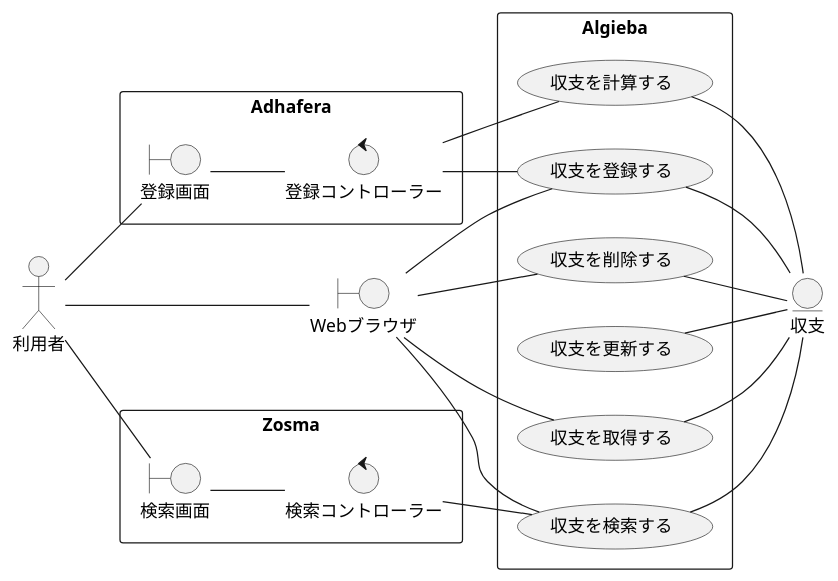
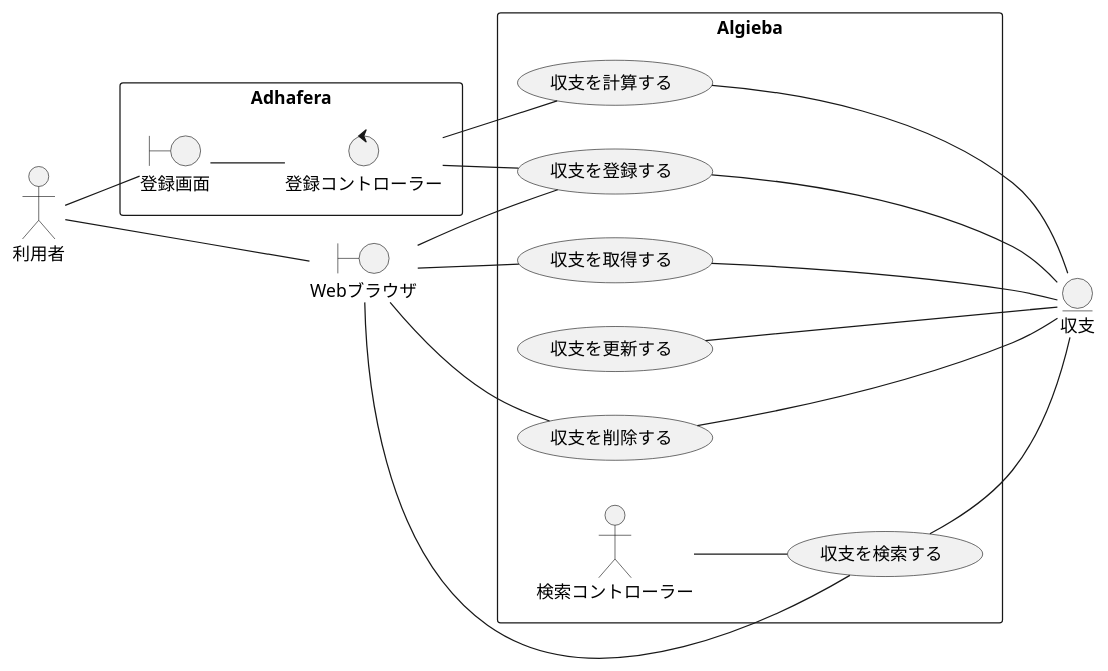
The diagram in payment_manager/index.rst (Leonis0813/chort), drawn with PlantUML before and after one commit. The commit also changed other lines of this file, not shown here.

Commit message:
remove from index

```diff
--- a/payment_manager/index.rst
+++ b/payment_manager/index.rst
@@ -18,39 +17,32 @@
 .. uml::
 
    left to right direction
    skinparam packageStyle rect
    actor 利用者
    entity 収支
 
    rectangle Adhafera {
      boundary 登録画面
      control 登録コントローラー
      利用者 -- 登録画面
      登録画面 -- 登録コントローラー
-   }
-
-   rectangle Zosma {
-     boundary 検索画面
-     control 検索コントローラー
-     利用者 -- 検索画面
-     検索画面 -- 検索コントローラー
    }
 
    boundary Webブラウザ
    利用者 -- Webブラウザ
 
    rectangle Algieba {
      登録コントローラー -- (収支を登録する)
      Webブラウザ -- (収支を登録する)
      (収支を登録する) -- 収支
      Webブラウザ -- (収支を取得する)
      (収支を取得する) -- 収支
      Webブラウザ -- (収支を検索する)
      検索コントローラー -- (収支を検索する)
      (収支を検索する) -- 収支
      (収支を更新する) -- 収支
      Webブラウザ -- (収支を削除する)
      (収支を削除する) -- 収支
      登録コントローラー -- (収支を計算する)
      (収支を計算する) -- 収支
    }
```
